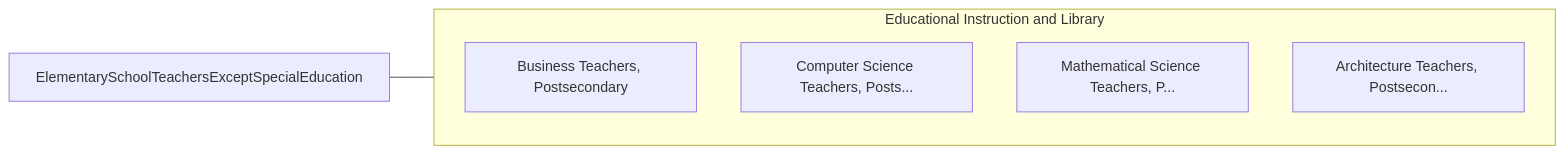
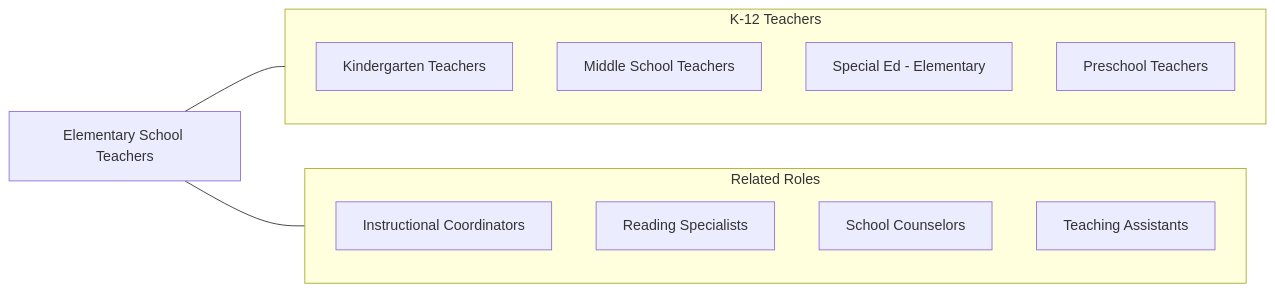
One commit to kziemski/business.org.ai changed the fourth of 4 diagrams in occupations/Education/ElementarySchoolTeachersExceptSpecialEducation.mdx. Above: the diagram before and after it, drawn with Mermaid. The commit also changed other lines of this file and 938 other files, not shown here.

````diff
--- a/occupations/Education/ElementarySchoolTeachersExceptSpecialEducation.mdx
+++ b/occupations/Education/ElementarySchoolTeachersExceptSpecialEducation.mdx
@@ -103,13 +174,21 @@
 ```mermaid
 graph LR
-    Current["ElementarySchoolTeachersExceptSpecialEducation"]
+    Current["Elementary School Teachers"]
 
-    subgraph SameCategory["Educational Instruction and Library"]
-        BusinessTeachersPost["Business Teachers, Postsecondary"]
-        ComputerScienceTeach["Computer Science Teachers, Posts..."]
-        MathematicalScienceT["Mathematical Science Teachers, P..."]
-        ArchitectureTeachers["Architecture Teachers, Postsecon..."]
+    subgraph SameCategory["K-12 Teachers"]
+        Kindergarten["Kindergarten Teachers"]
+        Middle["Middle School Teachers"]
+        SpEdElem["Special Ed - Elementary"]
+        Preschool["Preschool Teachers"]
+    end
+
+    subgraph CrossFunctional["Related Roles"]
+        IC["Instructional Coordinators"]
+        ReadingSpec["Reading Specialists"]
+        Counselors["School Counselors"]
+        TA["Teaching Assistants"]
     end
 
     Current --- SameCategory
+    Current --- CrossFunctional
 ```
````
